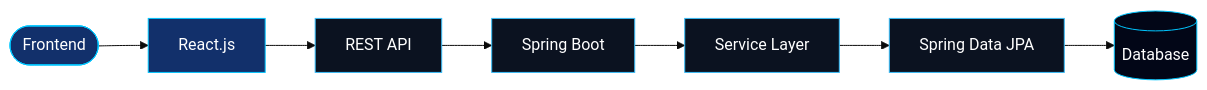
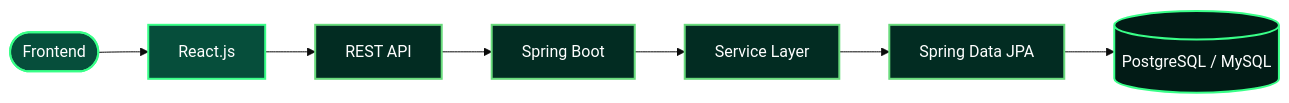
Before and after one commit to pranju1711/pranju1711: the diagram in README.md, drawn with Mermaid (base theme). The commit also changed other lines of this file, not shown here.

````diff
--- a/README.md
+++ b/README.md
@@ -127,17 +126,17 @@
 ```mermaid
 flowchart LR
     A([Frontend]) --> B[React.js]
     B --> C[REST API]
     C --> D[Spring Boot]
     D --> E[Service Layer]
     E --> F[Spring Data JPA]
-    F --> G[(Database)]
+    F --> G[(PostgreSQL / MySQL)]
 
-    classDef frontend fill:#12306B,stroke:#00C6FF,color:#fff;
-    classDef backend fill:#0b1220,stroke:#38BDF8,color:#fff;
-    classDef database fill:#020617,stroke:#00C6FF,color:#fff;
+    classDef frontend fill:#064E3B,stroke:#39FF88,color:#fff,stroke-width:2px;
+    classDef backend fill:#022C22,stroke:#69DB7C,color:#fff,stroke-width:2px;
+    classDef database fill:#021B16,stroke:#39FF88,color:#fff,stroke-width:2px;
 
     class A,B frontend;
     class C,D,E,F backend;
     class G database;
 ```
````
